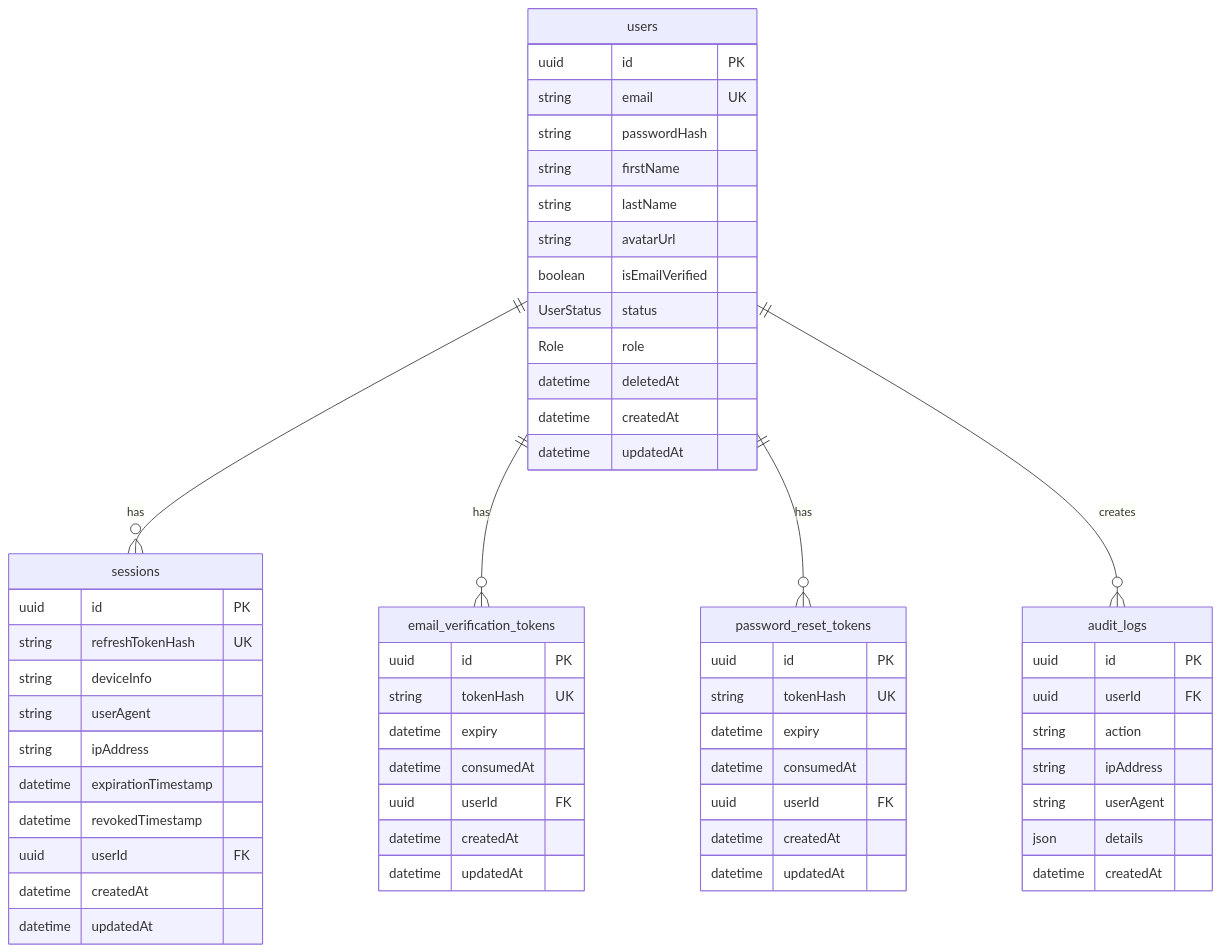
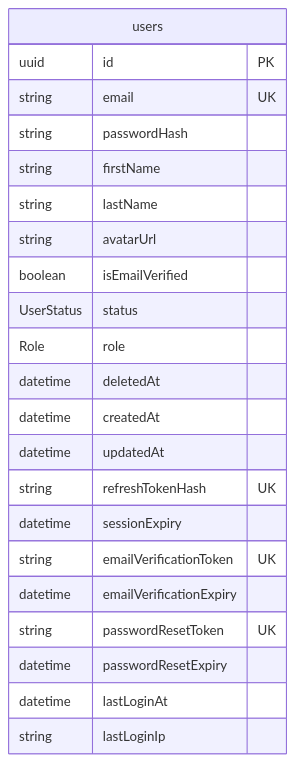
One commit to MVPAlok/Backend-Project-XENO changed the first of 2 diagrams in doc/architecture.md. Above: the diagram before and after it, drawn with Mermaid. The commit also changed other lines of this file and 34 other files, not shown here.

````diff
--- a/doc/architecture.md
+++ b/doc/architecture.md
@@ -62,65 +62,25 @@
 ```mermaid
 erDiagram
-    users ||--o{ sessions : "has"
-    users ||--o{ email_verification_tokens : "has"
-    users ||--o{ password_reset_tokens : "has"
-    users ||--o{ audit_logs : "creates"
-
     users {
         uuid id PK
         string email UK
         string passwordHash
         string firstName
         string lastName
         string avatarUrl
         boolean isEmailVerified
         UserStatus status
         Role role
         datetime deletedAt
         datetime createdAt
         datetime updatedAt
-    }
-
-    sessions {
-        uuid id PK
         string refreshTokenHash UK
-        string deviceInfo
-        string userAgent
-        string ipAddress
-        datetime expirationTimestamp
-        datetime revokedTimestamp
-        uuid userId FK
-        datetime createdAt
-        datetime updatedAt
-    }
-
-    email_verification_tokens {
-        uuid id PK
-        string tokenHash UK
-        datetime expiry
-        datetime consumedAt
-        uuid userId FK
-        datetime createdAt
-        datetime updatedAt
-    }
-
-    password_reset_tokens {
-        uuid id PK
-        string tokenHash UK
-        datetime expiry
-        datetime consumedAt
-        uuid userId FK
-        datetime createdAt
-        datetime updatedAt
-    }
-
-    audit_logs {
-        uuid id PK
-        uuid userId FK
-        string action
-        string ipAddress
-        string userAgent
-        json details
-        datetime createdAt
+        datetime sessionExpiry
+        string emailVerificationToken UK
+        datetime emailVerificationExpiry
+        string passwordResetToken UK
+        datetime passwordResetExpiry
+        datetime lastLoginAt
+        string lastLoginIp
     }
 ```
````
